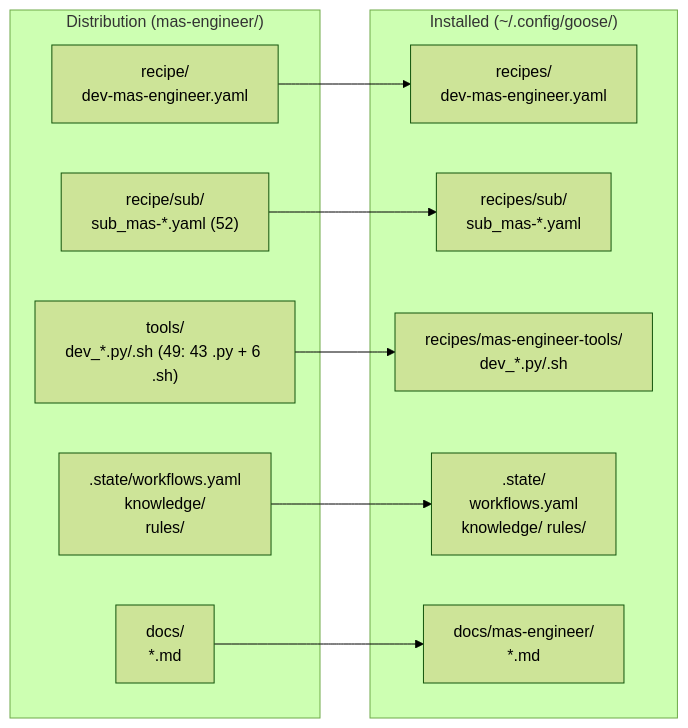
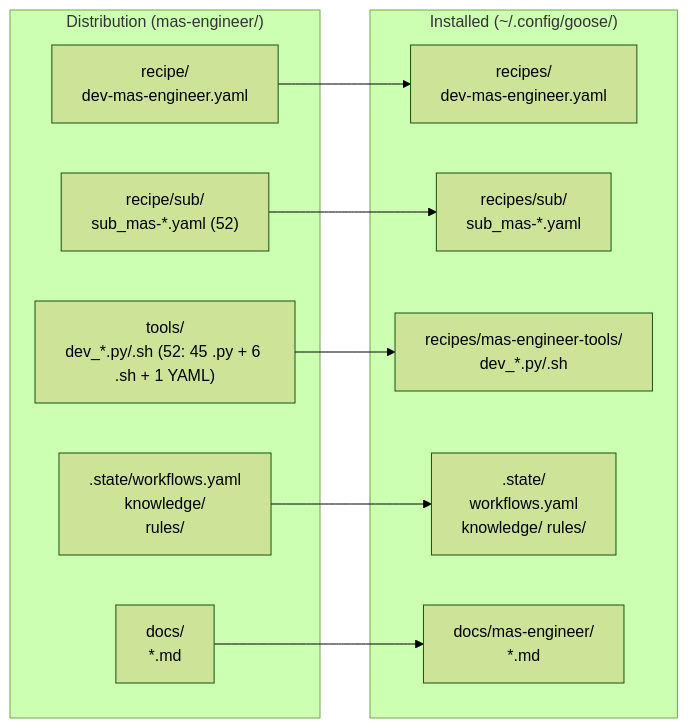
The second of 2 diagrams in docs/installation.md (mczardybon/mas-engineer), drawn with Mermaid (forest theme) before and after one commit. The commit also changed other lines of this file and 7 other files, not shown here.

````diff
--- a/docs/installation.md
+++ b/docs/installation.md
@@ -50,23 +50,23 @@
 ```mermaid
 flowchart LR
     subgraph SOURCE["Distribution (mas-engineer/)"]
         S1["recipe/\ndev-mas-engineer.yaml"]
         S2["recipe/sub/\nsub_mas-*.yaml (52)"]
-        S3["tools/\ndev_*.py/.sh (49: 43 .py + 6 .sh)"]
+        S3["tools/\ndev_*.py/.sh (52: 45 .py + 6 .sh + 1 YAML)"]
         S4[".state/workflows.yaml\nknowledge/\n rules/"]
         S5["docs/\n*.md"]
     end
     subgraph DEST["Installed (~/.config/goose/)"]
         D1["recipes/\ndev-mas-engineer.yaml"]
         D2["recipes/sub/\nsub_mas-*.yaml"]
         D3["recipes/mas-engineer-tools/\ndev_*.py/.sh"]
         D4[".state/\nworkflows.yaml\nknowledge/ rules/"]
         D5["docs/mas-engineer/\n*.md"]
     end
 
     S1 --> D1
     S2 --> D2
     S3 --> D3
     S4 --> D4
     S5 --> D5
 ```
````
